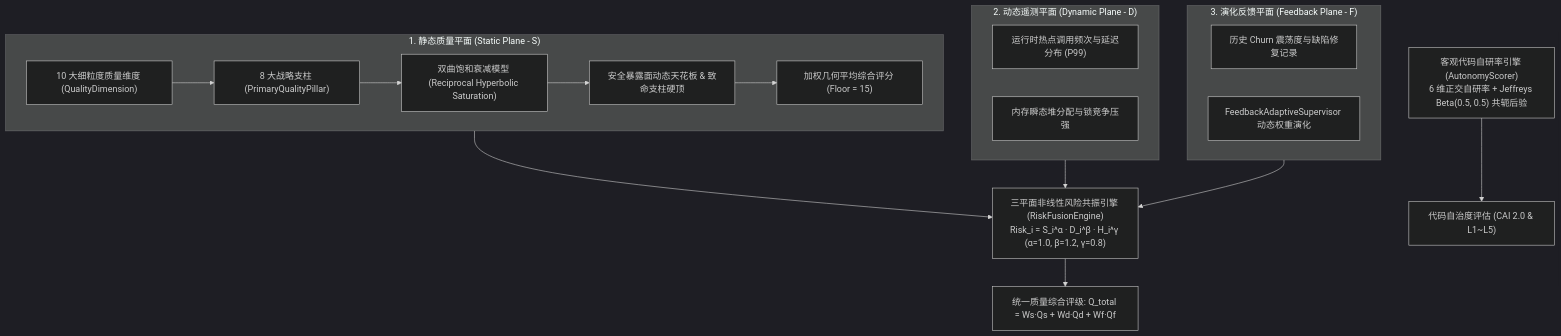
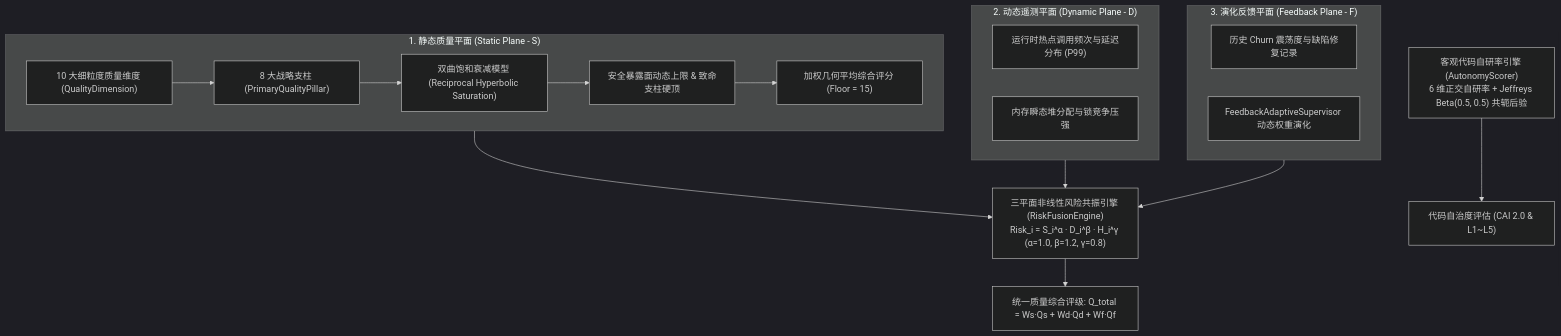
One commit to guilingzhouyi-creator/vscode-extensions changed the diagram in auto-refactor/docs/05-specs-and-benchmarks/07-quantified-quality-standard.md. Above: the diagram before and after it, drawn with Mermaid (dark theme). The commit also changed other lines of this file and 15 other files, not shown here.

````diff
--- a/auto-refactor/docs/05-specs-and-benchmarks/07-quantified-quality-standard.md
+++ b/auto-refactor/docs/05-specs-and-benchmarks/07-quantified-quality-standard.md
@@ -12,26 +12,26 @@
 ```mermaid
 flowchart TD
     subgraph S["1. 静态质量平面 (Static Plane - S)"]
         D10["10 大细粒度质量维度 (QualityDimension)"] --> P8["8 大战略支柱 (PrimaryQualityPillar)"]
         P8 --> HYP["双曲饱和衰减模型 (Reciprocal Hyperbolic Saturation)"]
-        HYP --> CEIL["安全暴露面动态天花板 & 致命支柱硬顶"]
+        HYP --> CEIL["安全暴露面动态上限 & 致命支柱硬顶"]
         CEIL --> GEO["加权几何平均综合评分 (Floor = 15)"]
     end
 
     subgraph D["2. 动态遥测平面 (Dynamic Plane - D)"]
         HOT["运行时热点调用频次与延迟分布 (P99)"]
         RES["内存瞬态堆分配与锁竞争压强"]
     end
 
     subgraph F["3. 演化反馈平面 (Feedback Plane - F)"]
         EVO["历史 Churn 震荡度与缺陷修复记录"]
         SUP["FeedbackAdaptiveSupervisor 动态权重演化"]
     end
 
     S --> FUSION["三平面非线性风险共振引擎 (RiskFusionEngine)<br/>Risk_i = S_i^α · D_i^β · H_i^γ (α=1.0, β=1.2, γ=0.8)"]
     D --> FUSION
     F --> FUSION
     FUSION --> Q_TOTAL["统一质量综合评级: Q_total = Ws·Qs + Wd·Qd + Wf·Qf"]
 
     CAI_ENG["客观代码自研率引擎 (AutonomyScorer)<br/>6 维正交自研率 + Jeffreys Beta(0.5, 0.5) 共轭后验"] --> CAI_OUT["代码自治度评估 (CAI 2.0 & L1~L5)"]
 ```
````
